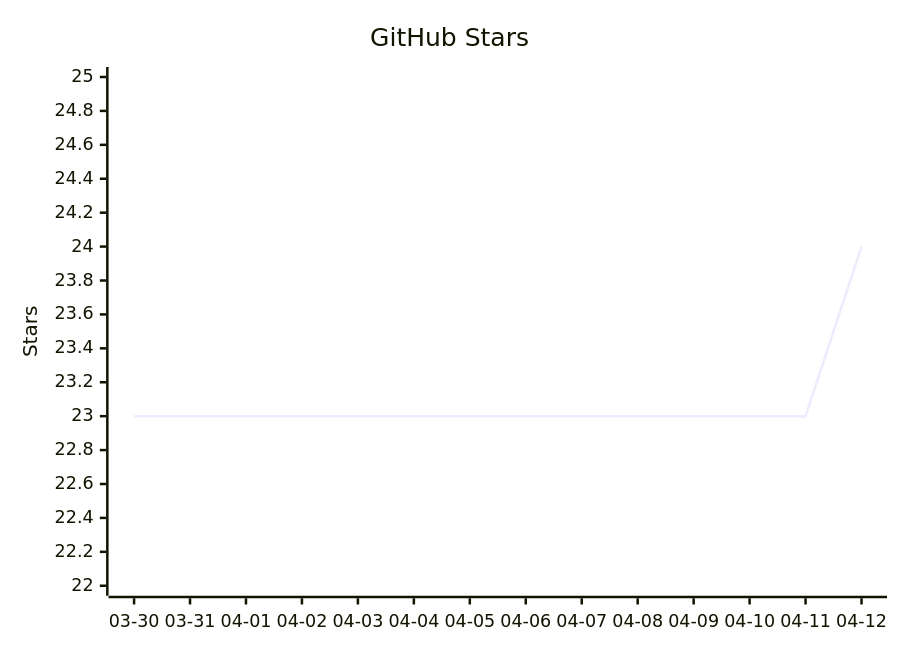
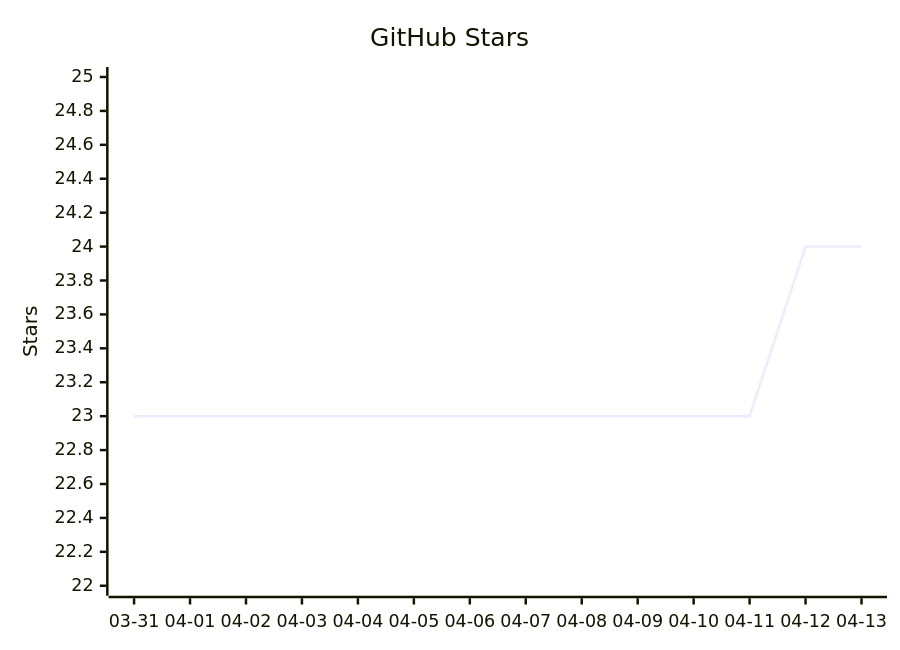
Before and after one commit to vectie/moonclaw: the diagram in README.mbt.md, drawn with Mermaid. The commit also changed other lines of this file and 1 other file, not shown here.

Commit message:
Update README star growth

````diff
--- a/README.mbt.md
+++ b/README.mbt.md
@@ -448,7 +448,7 @@
 ```mermaid
 xychart-beta
     title "GitHub Stars"
-    x-axis ["03-30","03-31","04-01","04-02","04-03","04-04","04-05","04-06","04-07","04-08","04-09","04-10","04-11","04-12"]
+    x-axis ["03-31","04-01","04-02","04-03","04-04","04-05","04-06","04-07","04-08","04-09","04-10","04-11","04-12","04-13"]
     y-axis "Stars" 22 --> 25
-    line [23,23,23,23,23,23,23,23,23,23,23,23,23,24]
+    line [23,23,23,23,23,23,23,23,23,23,23,23,24,24]
 ```
````
